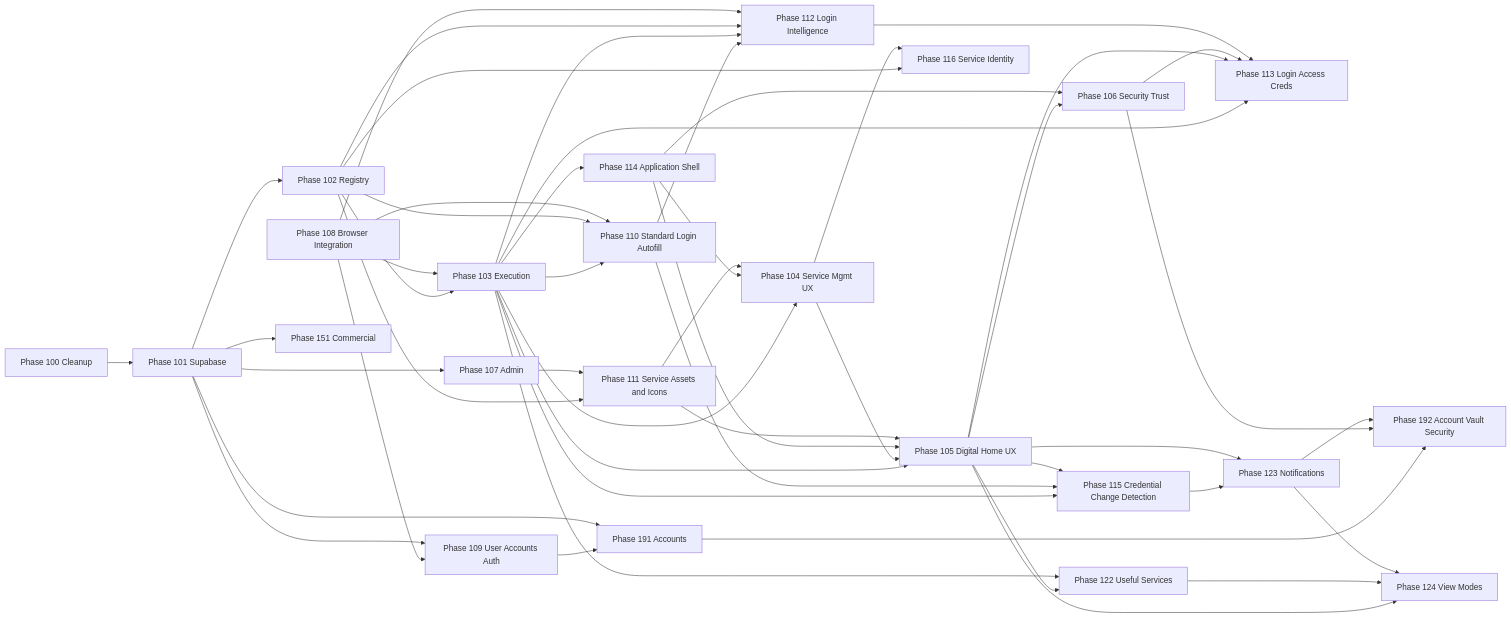
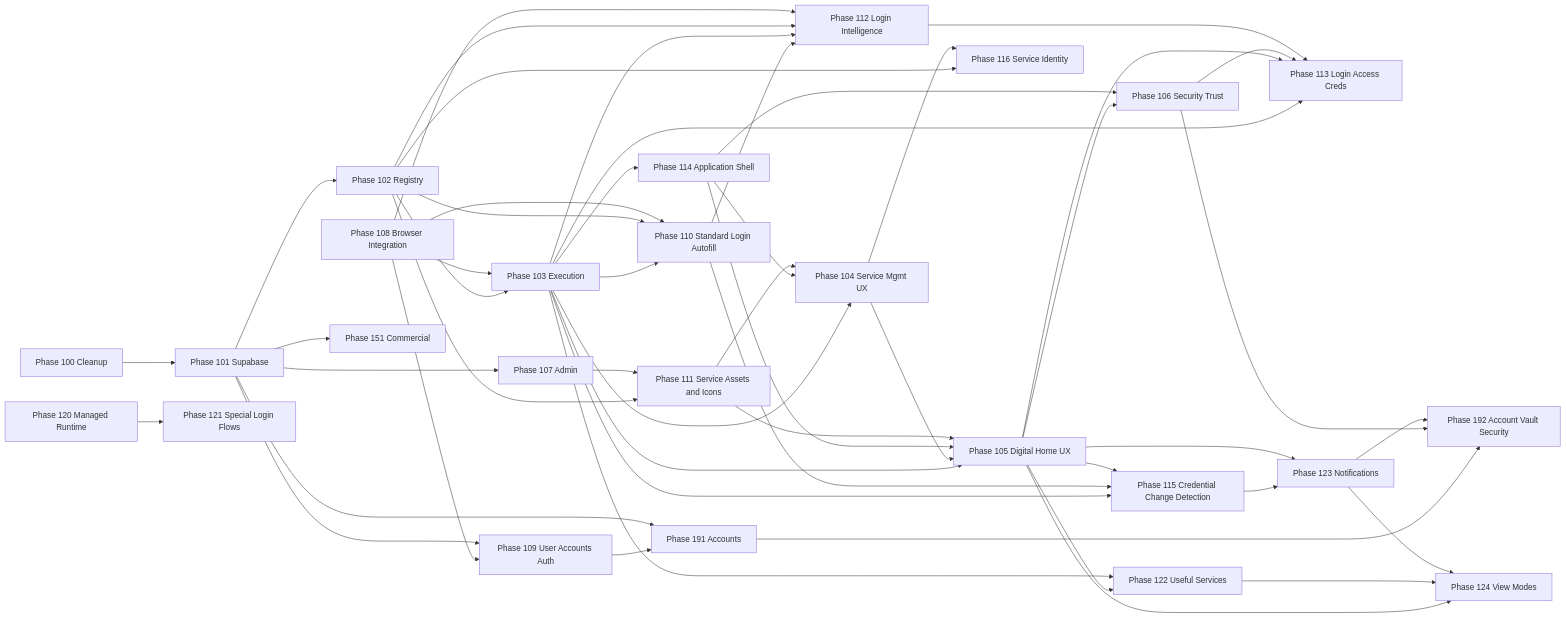
One commit to yaels3049-max/password-vault changed the sixth of 6 diagrams in team-yuri/PLAN.md. Above: the diagram before and after it, drawn with Mermaid. The commit also changed other lines of this file and 174 other files, not shown here.

Commit message:
Phase 122: Login and credential autofill for complex site flows

````diff
--- a/team-yuri/PLAN.md
+++ b/team-yuri/PLAN.md
@@ -5147,75 +5169,78 @@
 ```mermaid
 flowchart LR
   P100[Phase 100 Cleanup]
   P101[Phase 101 Supabase]
   P102[Phase 102 Registry]
   P103[Phase 103 Execution]
   P104[Phase 104 Service Mgmt UX]
   P105[Phase 105 Digital Home UX]
   P106[Phase 106 Security Trust]
   P107[Phase 107 Admin]
   P108[Phase 108 Browser Integration]
   P109[Phase 109 User Accounts Auth]
   P110[Phase 110 Standard Login Autofill]
   P111[Phase 111 Service Assets and Icons]
   P112[Phase 112 Login Intelligence]
   P113[Phase 113 Login Access Creds]
   P116[Phase 116 Service Identity]
   P114[Phase 114 Application Shell]
   P115[Phase 115 Credential Change Detection]
+  P120[Phase 120 Managed Runtime]
+  P121[Phase 121 Special Login Flows]
   P122[Phase 122 Useful Services]
   P123[Phase 123 Notifications]
   P124[Phase 124 View Modes]
   P151[Phase 151 Commercial]
   P191[Phase 191 Accounts]
   P192[Phase 192 Account Vault Security]
 
   P100 --> P101
   P101 --> P102
   P102 --> P103
   P102 --> P111
   P103 --> P104
   P103 --> P105
   P104 --> P105
   P105 --> P106
   P108 --> P103
   P101 --> P107
   P107 --> P111
   P103 --> P110
   P102 --> P110
   P108 --> P110
   P108 --> P109
   P101 --> P109
   P110 --> P112
+  P120 --> P121
   P103 --> P113
   P105 --> P113
   P106 --> P113
   P112 --> P113
   P103 --> P112
   P102 --> P112
   P108 --> P112
   P102 --> P116
   P104 --> P116
   P103 --> P114
   P114 --> P104
   P114 --> P105
   P114 --> P106
   P103 --> P115
   P110 --> P115
   P105 --> P115
   P115 --> P123
   P105 --> P122
   P103 --> P122
   P105 --> P123
   P105 --> P124
   P122 --> P124
   P123 --> P124
   P111 --> P104
   P111 --> P105
   P101 --> P151
   P109 --> P191
   P101 --> P191
   P191 --> P192
   P106 --> P192
   P123 --> P192
 ```
````
